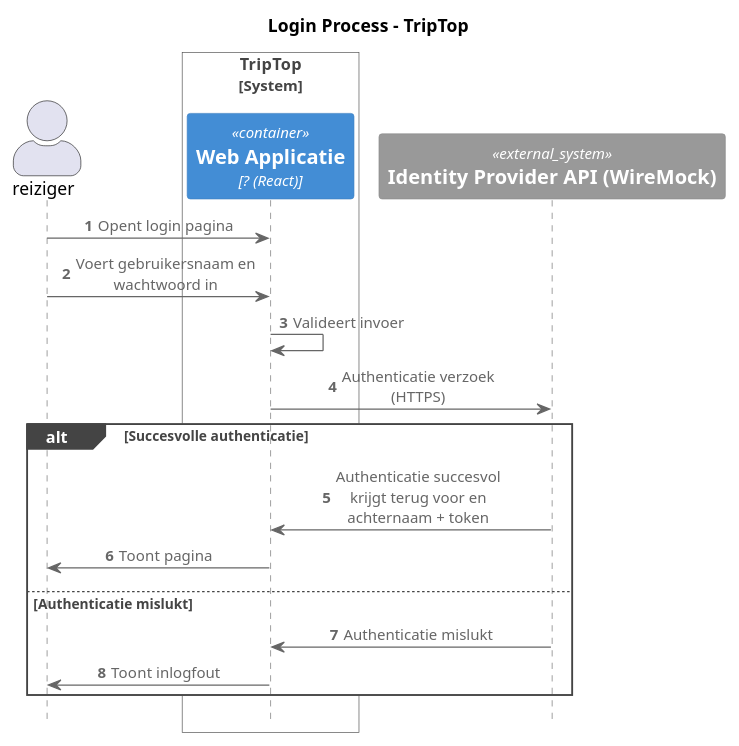
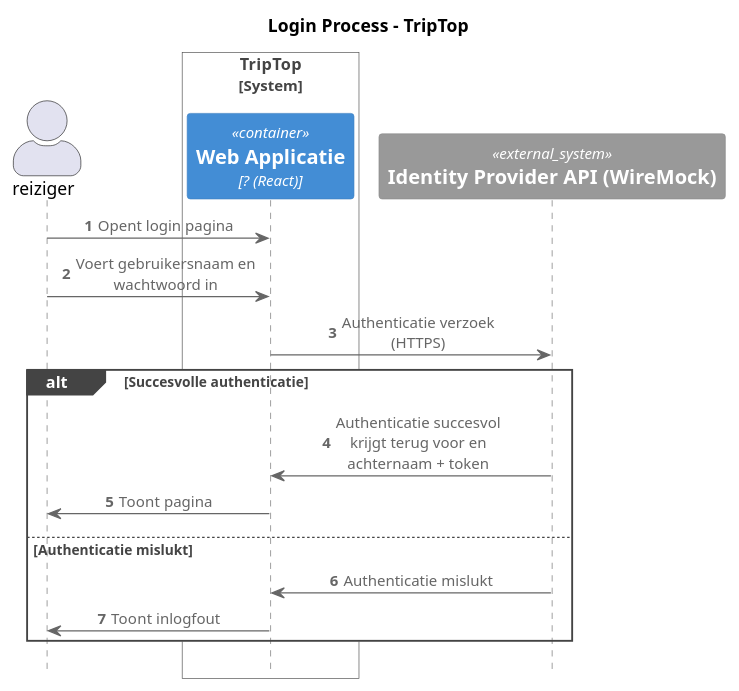
The diagram in opdracht-diagrammen/Groeps-diagram/Login_procces.puml (AIM-ENE-feb25/triptop-livingin-s-pain-nouri-siebe-boris), drawn with PlantUML before and after one commit. The commit also changed 8 other files, not shown here.

```diff
--- a/opdracht-diagrammen/Groeps-diagram/Login_procces.puml
+++ b/opdracht-diagrammen/Groeps-diagram/Login_procces.puml
@@ -1,38 +1,37 @@
 @startuml
 
 !include https://raw.githubusercontent.com/plantuml-stdlib/C4-PlantUML/master/C4_Sequence.puml
 title Login Process - TripTop
 autonumber
 
 actor reiziger
 
 System_Boundary(tripTopSystem, "TripTop")
     Container(webApp, "Web Applicatie", "? (React)", "Helpt reizigers bij het plannen en boeken van reizen")
 Boundary_End()
 
 
 System_Ext(identityApi, "Identity Provider API (WireMock)", "Simuleert identity provider")
 
 reiziger -> webApp: Opent login pagina
 
 reiziger -> webApp: Voert gebruikersnaam en wachtwoord in
-webApp -> webApp: Valideert invoer
 
-webApp -> identityApi: Authenticatie verzoek  (HTTPS)
+webApp -> identityApi: Authenticatie verzoek (HTTPS)
 
 
 alt Succesvolle authenticatie
     identityApi -> webApp: Authenticatie succesvol krijgt terug voor en achternaam + token
     webApp -> reiziger: Toont pagina
 else Authenticatie mislukt
     identityApi -> webApp: Authenticatie mislukt
     webApp -> reiziger: Toont inlogfout
 end
 
 
 
 
 
 
 
 @enduml
```
